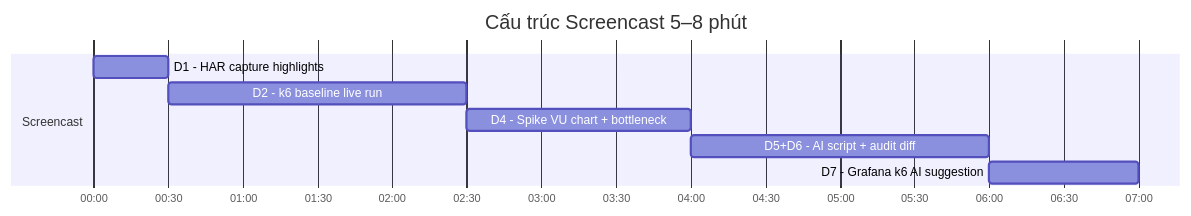
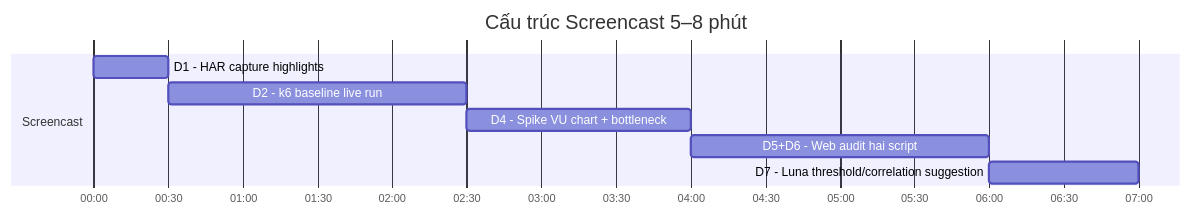
The sixth of 6 diagrams in docs/Task_Assignment_Detail.md (minhthang2k5/eshop-sut), drawn with Mermaid before and after one commit. The commit also changed other lines of this file and 34 other files, not shown here.

````diff
--- a/docs/Task_Assignment_Detail.md
+++ b/docs/Task_Assignment_Detail.md
@@ -295,13 +294,13 @@
 ```mermaid
 gantt
     title Cấu trúc Screencast 5–8 phút
     dateFormat  mm:ss
     axisFormat  %M:%S
 
     section Screencast
     D1 - HAR capture highlights   :s1, 00:00, 30s
     D2 - k6 baseline live run     :s2, after s1, 120s
     D4 - Spike VU chart + bottleneck :s3, after s2, 90s
-    D5+D6 - AI script + audit diff :s4, after s3, 120s
-    D7 - Grafana k6 AI suggestion  :s5, after s4, 60s
+    D5+D6 - Web audit hai script :s4, after s3, 120s
+    D7 - Luna threshold/correlation suggestion  :s5, after s4, 60s
 ```
````
